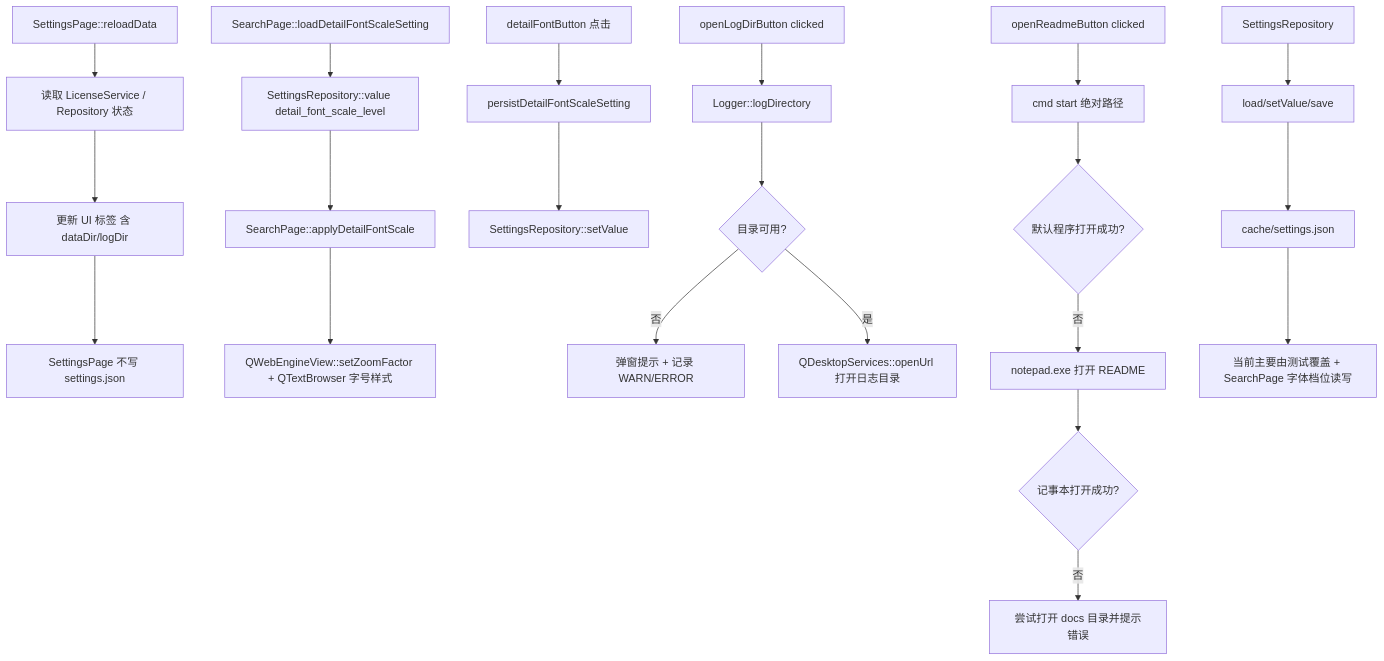
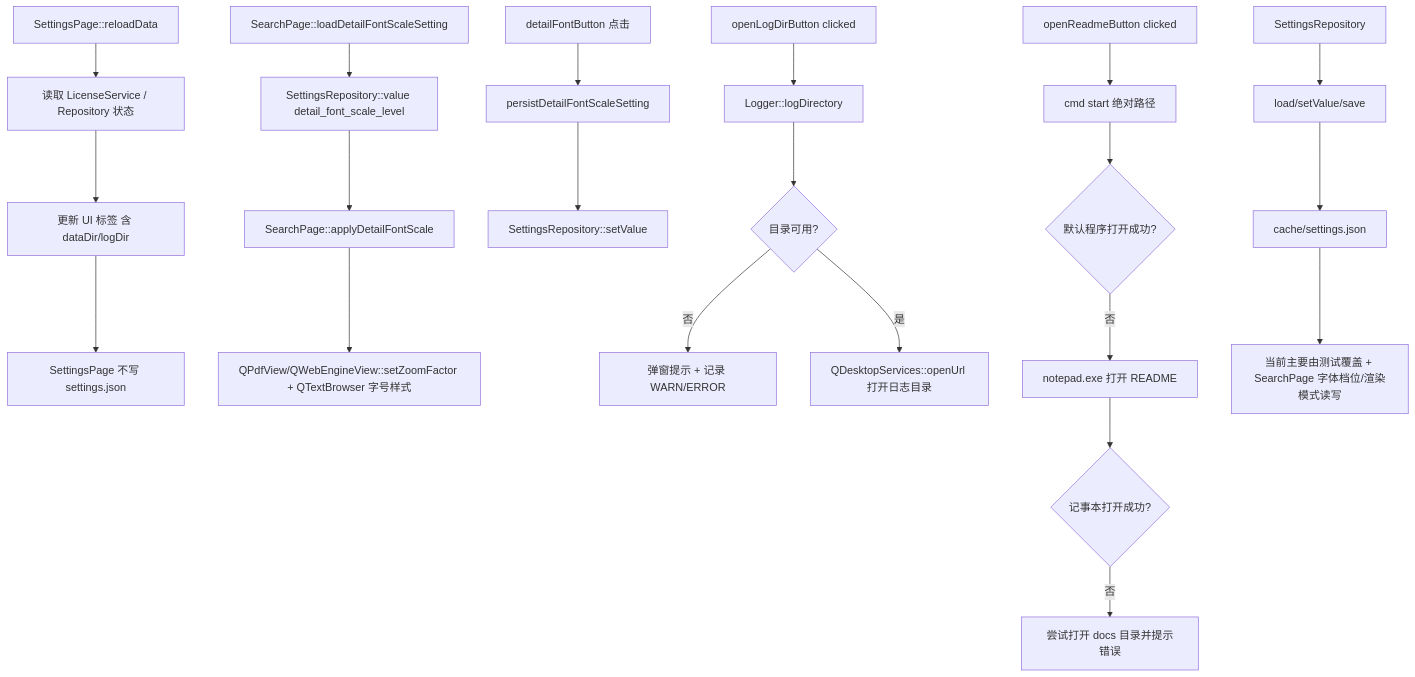
The seventh of 9 diagrams in docs/runtime_flow.md (yfchenggithub/math_search_win), drawn with Mermaid before and after one commit. The commit also changed other lines of this file and 136 other files, not shown here.

````diff
--- a/docs/runtime_flow.md
+++ b/docs/runtime_flow.md
@@ -222,27 +237,27 @@
 ```mermaid
 flowchart TD
   UIA[SettingsPage::reloadData] --> UIB[读取 LicenseService / Repository 状态]
   UIB --> UIC[更新 UI 标签 含 dataDir/logDir]
   UIC --> UID[SettingsPage 不写 settings.json]
 
   S1[SearchPage::loadDetailFontScaleSetting] --> S2[SettingsRepository::value detail_font_scale_level]
   S2 --> S3[SearchPage::applyDetailFontScale]
-  S3 --> S4[QWebEngineView::setZoomFactor + QTextBrowser 字号样式]
+  S3 --> S4[QPdfView/QWebEngineView::setZoomFactor + QTextBrowser 字号样式]
   S5[detailFontButton 点击] --> S6[persistDetailFontScaleSetting]
   S6 --> S7[SettingsRepository::setValue]
 
   LOG1[openLogDirButton clicked] --> LOG2[Logger::logDirectory]
   LOG2 --> LOG3{目录可用?}
   LOG3 -- 否 --> LOG4[弹窗提示 + 记录 WARN/ERROR]
   LOG3 -- 是 --> LOG5[QDesktopServices::openUrl 打开日志目录]
 
   RE1[openReadmeButton clicked] --> RE2[cmd start 绝对路径]
   RE2 --> RE3{默认程序打开成功?}
   RE3 -- 否 --> RE4[notepad.exe 打开 README]
   RE4 --> RE5{记事本打开成功?}
   RE5 -- 否 --> RE6[尝试打开 docs 目录并提示错误]
 
   REP1[SettingsRepository] --> REP2[load/setValue/save]
   REP2 --> REP3[cache/settings.json]
-  REP3 --> REP4[当前主要由测试覆盖 + SearchPage 字体档位读写]
+  REP3 --> REP4[当前主要由测试覆盖 + SearchPage 字体档位/渲染模式读写]
 ```
````
